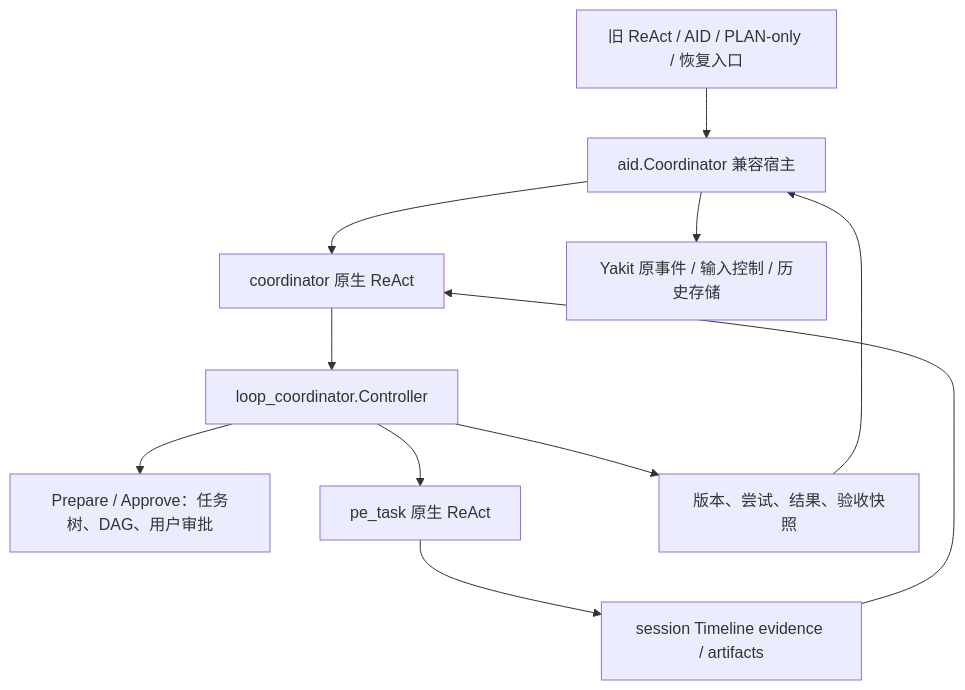
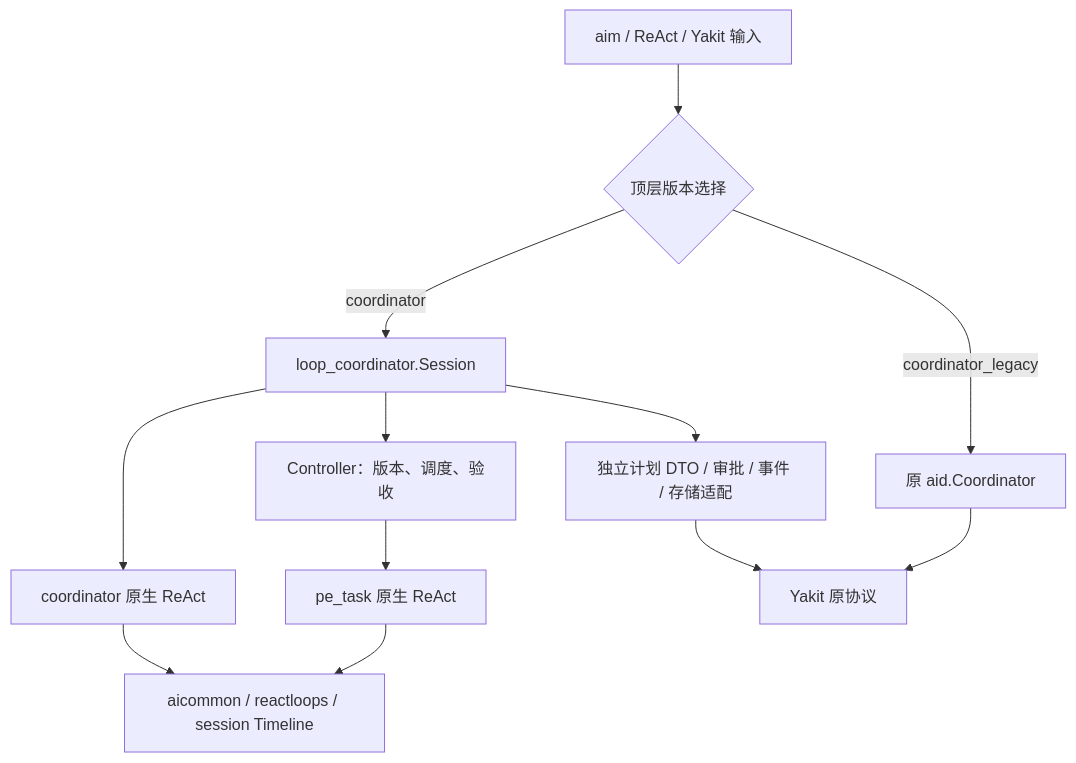
The diagram in common/ai/aid/coordinator_architecture.md (yaklang/yaklang), drawn with Mermaid before and after one commit. The commit also changed other lines of this file and 38 other files, not shown here.

First line of the commit message:
feat(loop_coordinator): Introduce new session management and event handling

````diff
--- a/common/ai/aid/coordinator_architecture.md
+++ b/common/ai/aid/coordinator_architecture.md
@@ -22,13 +22,14 @@
 ```mermaid
 flowchart TD
-    Entry[旧 ReAct / AID / PLAN-only / 恢复入口] --> Bridge[aid.Coordinator 兼容宿主]
-    Bridge --> Planner[coordinator 原生 ReAct]
-    Planner --> Control[loop_coordinator.Controller]
-    Control --> Prepare[Prepare / Approve：任务树、DAG、用户审批]
+    Entry[aim / ReAct / Yakit 输入] --> Select{顶层版本选择}
+    Select -->|coordinator| Native[loop_coordinator.Session]
+    Select -->|coordinator_legacy| Legacy[原 aid.Coordinator]
+    Native --> Planner[coordinator 原生 ReAct]
+    Native --> Control[Controller：版本、调度、验收]
     Control --> Worker[pe_task 原生 ReAct]
-    Worker --> Evidence[session Timeline evidence / artifacts]
-    Evidence --> Planner
-    Control --> Snapshot[版本、尝试、结果、验收快照]
-    Snapshot --> Bridge
-    Bridge --> UI[Yakit 原事件 / 输入控制 / 历史存储]
+    Native --> Wire[独立计划 DTO / 审批 / 事件 / 存储适配]
+    Wire --> UI[Yakit 原协议]
+    Legacy --> UI
+    Planner --> Shared[aicommon / reactloops / session Timeline]
+    Worker --> Shared
 ```
````
